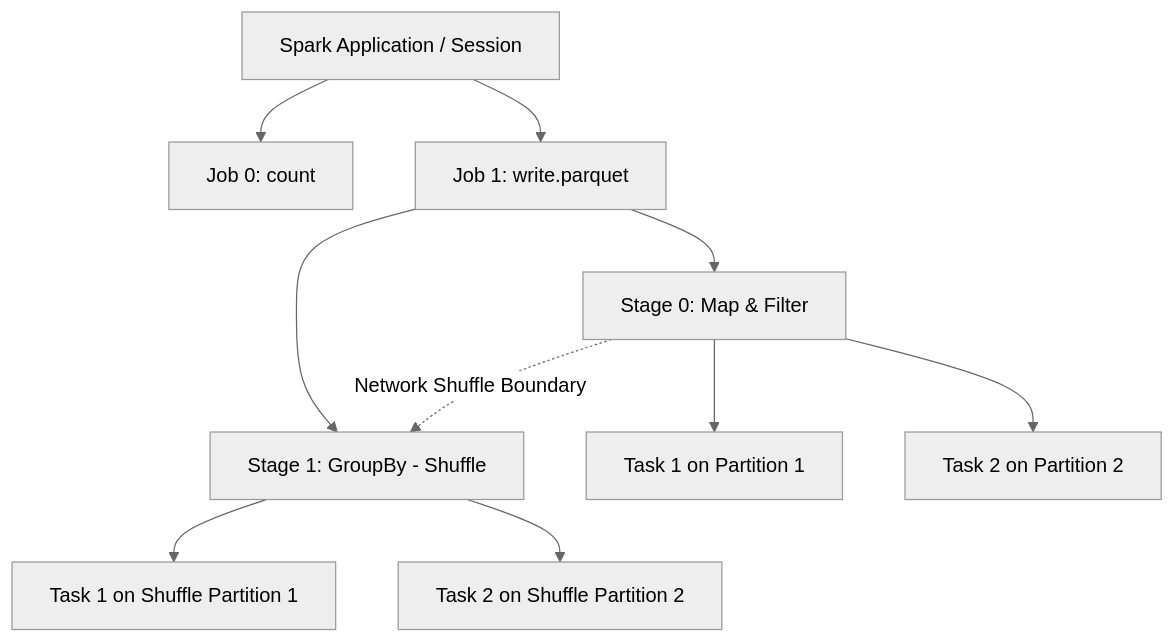
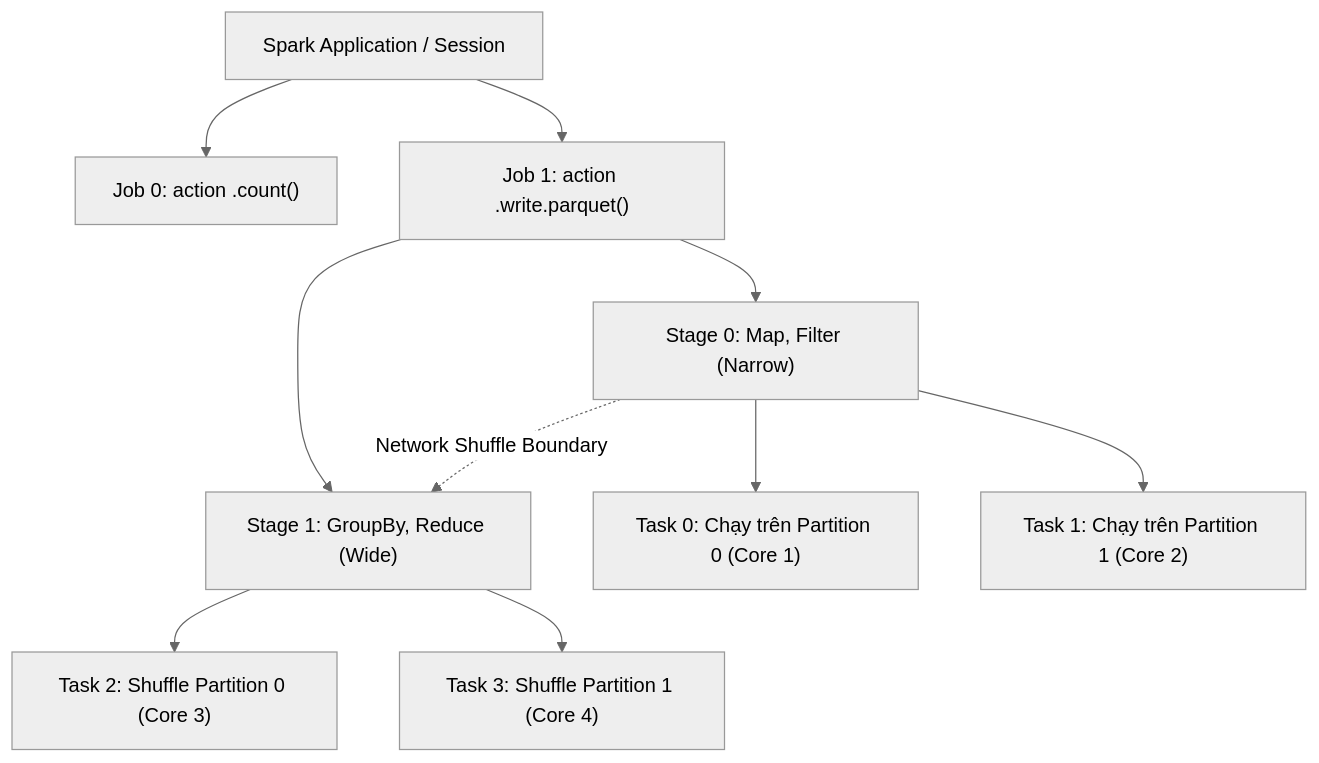
The diagram in src/content/docs/concepts/4-compute-engines-batch/spark-jobs-stages-tasks.md (kythuatdulieu/kythuatdulieu.github.io), drawn with Mermaid (neutral theme) before and after one commit. The commit also changed other lines of this file and 213 other files, not shown here.

Commit message:
Fix syntax and rewrite 200+ concepts docs to deep-dive system architecture and add GA4 tracking to quiz app

````diff
--- a/src/content/docs/concepts/4-compute-engines-batch/spark-jobs-stages-tasks.md
+++ b/src/content/docs/concepts/4-compute-engines-batch/spark-jobs-stages-tasks.md
@@ -18,14 +20,14 @@
 ```mermaid
 graph TD
-    A["Spark Application / Session"] --> J1["Job 0: count"]
-    A --> J2["Job 1: write.parquet"]
-    J2 --> S1["Stage 0: Map & Filter"]
-    J2 --> S2["Stage 1: GroupBy - Shuffle"]
-    S1 -. "Network Shuffle Boundary" .-> S2
+    A["Spark Application / Session"] --> J1["Job 0: action .count()"]
+    A --> J2["Job 1: action .write.parquet()"]
+    J2 --> S1["Stage 0: Map, Filter (Narrow)"]
+    J2 --> S2["Stage 1: GroupBy, Reduce (Wide)"]
+    S1 -.->|"Network Shuffle Boundary"| S2
     
-    S1 --> T1["Task 1 on Partition 1"]
-    S1 --> T2["Task 2 on Partition 2"]
+    S1 --> T1["Task 0: Chạy trên Partition 0 (Core 1)"]
+    S1 --> T2["Task 1: Chạy trên Partition 1 (Core 2)"]
     
-    S2 --> T3["Task 1 on Shuffle Partition 1"]
-    S2 --> T4["Task 2 on Shuffle Partition 2"]
+    S2 --> T3["Task 2: Shuffle Partition 0 (Core 3)"]
+    S2 --> T4["Task 3: Shuffle Partition 1 (Core 4)"]
 ```
````
